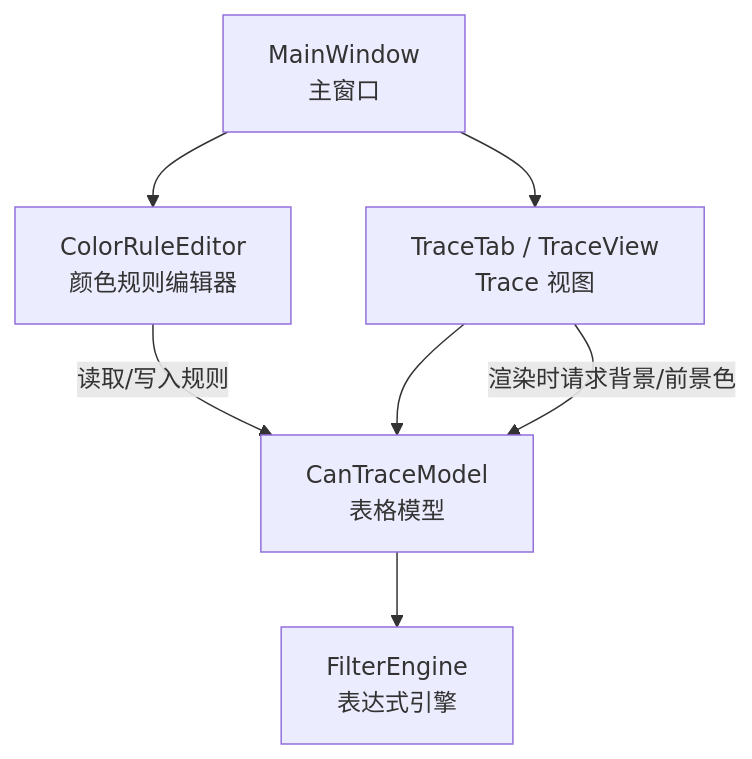
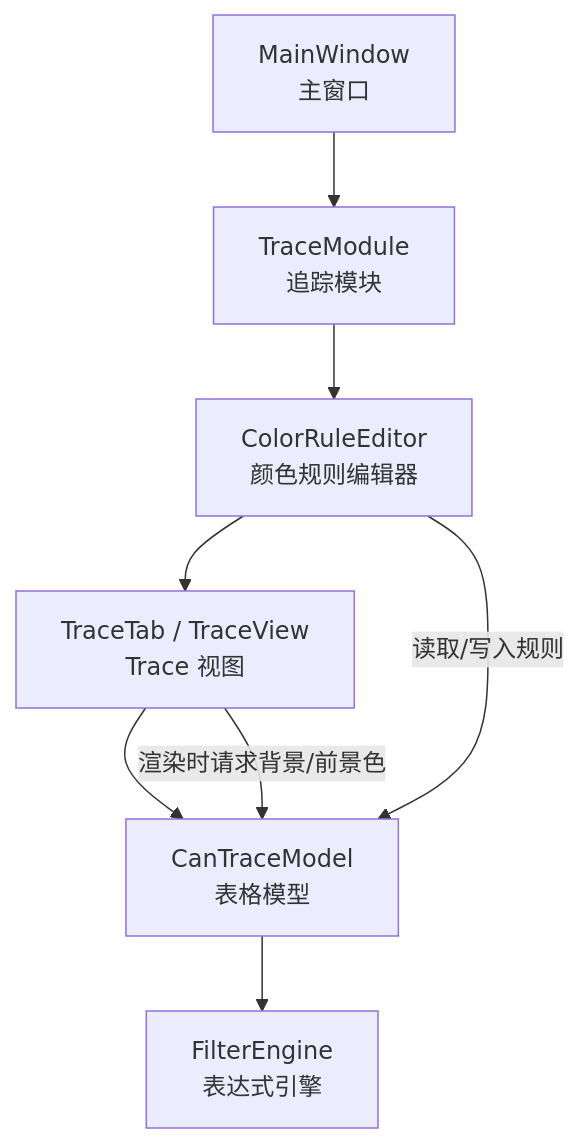
Before and after one commit to jakecai1225-design/OpenBus: the first of 5 diagrams in .qoder/repowiki/zh/content/架构设计/UI系统设计/颜色规则编辑器.md, drawn with Mermaid. The commit also changed other lines of this file and 10 other files, not shown here.

Commit message:
flow指示灯，模拟器开关

````diff
--- a/.qoder/repowiki/zh/content/架构设计/UI系统设计/颜色规则编辑器.md
+++ b/.qoder/repowiki/zh/content/架构设计/UI系统设计/颜色规则编辑器.md
@@ -47,9 +49,10 @@
 ```mermaid
 graph TB
-A["MainWindow<br/>主窗口"] --> B["ColorRuleEditor<br/>颜色规则编辑器"]
-A --> C["TraceTab / TraceView<br/>Trace 视图"]
-C --> D["CanTraceModel<br/>表格模型"]
-D --> E["FilterEngine<br/>表达式引擎"]
-B --> |读取/写入规则| D
-C --> |渲染时请求背景/前景色| D
+A["MainWindow<br/>主窗口"] --> B["TraceModule<br/>追踪模块"]
+B --> C["ColorRuleEditor<br/>颜色规则编辑器"]
+C --> D["TraceTab / TraceView<br/>Trace 视图"]
+D --> E["CanTraceModel<br/>表格模型"]
+E --> F["FilterEngine<br/>表达式引擎"]
+C --> |读取/写入规则| E
+D --> |渲染时请求背景/前景色| E
 ```
````
